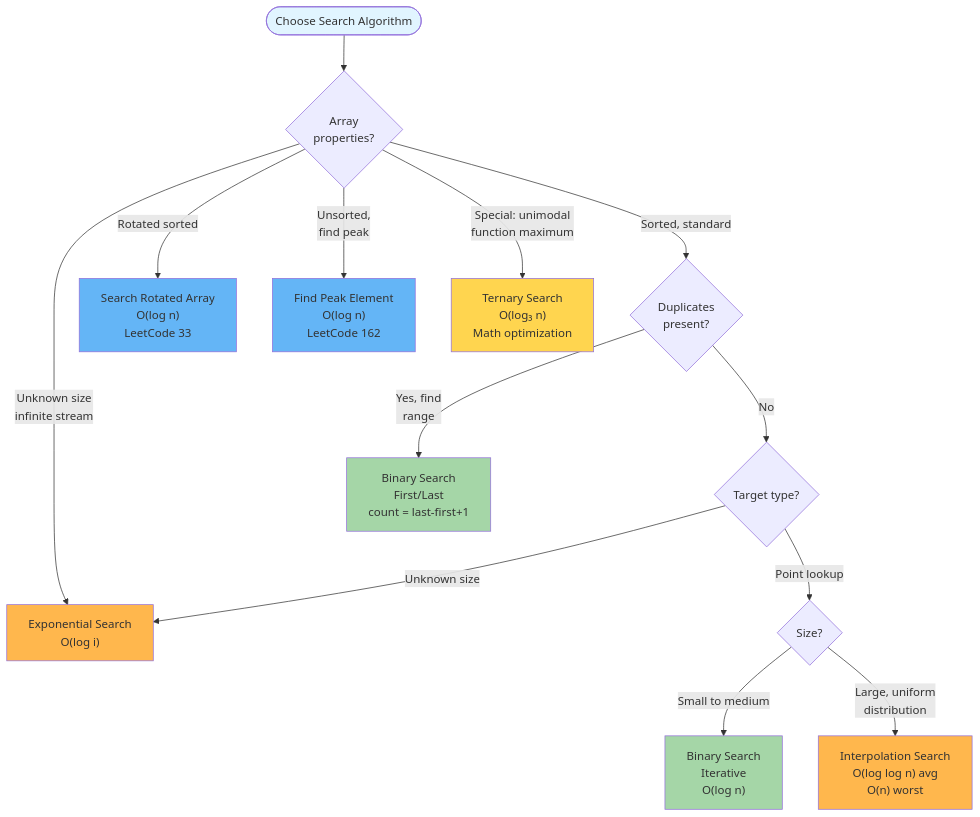
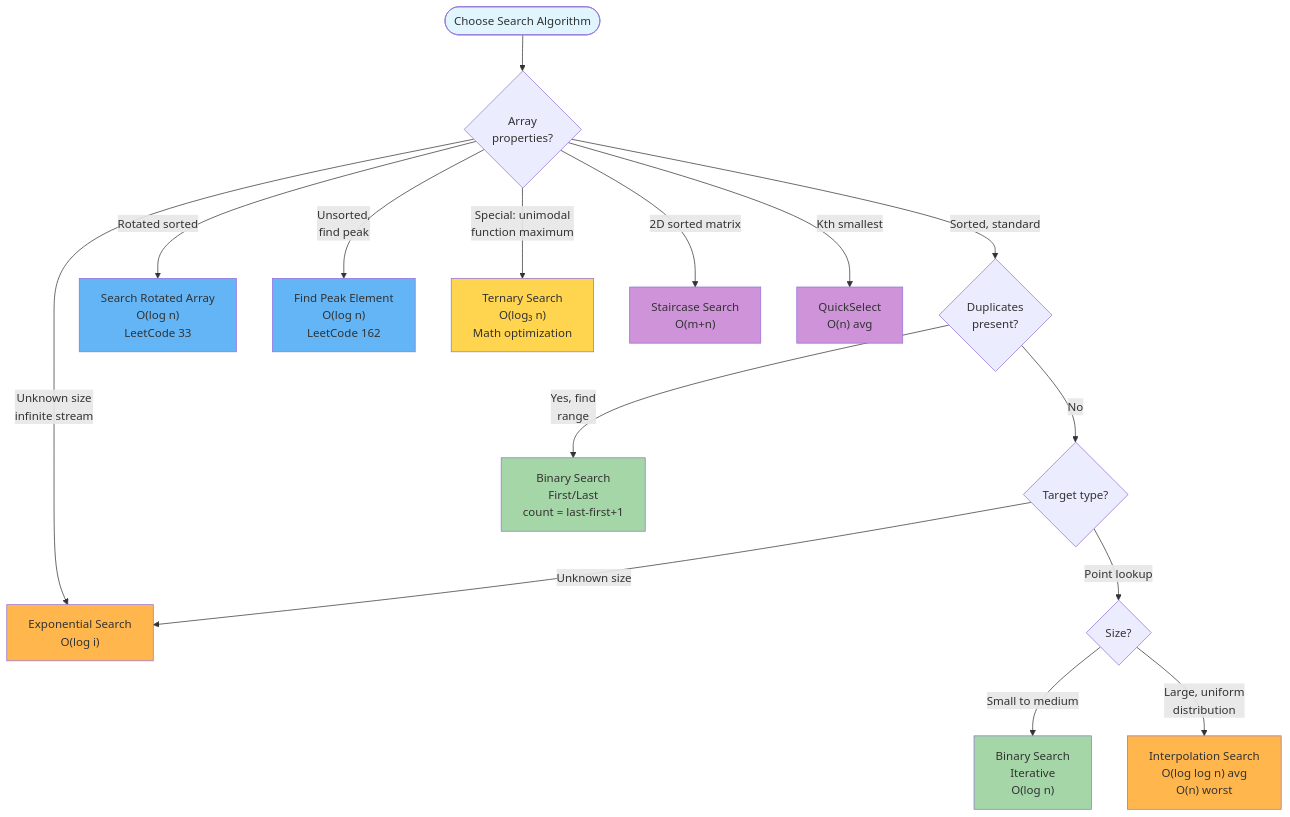
Before and after one commit to souradeepta/interviewprep: the first of 6 diagrams in docs/algorithms/searching/searching.md, drawn with Mermaid. The commit also changed other lines of this file and 16 other files, not shown here.

````diff
--- a/docs/algorithms/searching/searching.md
+++ b/docs/algorithms/searching/searching.md
@@ -9,29 +9,33 @@
 ```mermaid
 flowchart TD
     Start([Choose Search Algorithm]) --> Q1{Array<br/>properties?}
     
     Q1 -->|Sorted, standard| Q2{Duplicates<br/>present?}
     Q1 -->|Rotated sorted| RotatedSearch["Search Rotated Array<br/>O(log n)<br/>LeetCode 33"]
     Q1 -->|Unsorted,<br/>find peak| PeakSearch["Find Peak Element<br/>O(log n)<br/>LeetCode 162"]
     Q1 -->|Unknown size<br/>infinite stream| ExpSearch["Exponential Search<br/>O(log i)"]
     
     Q2 -->|No| Q3{Target type?}
     Q2 -->|Yes, find<br/>range| FirstLast["Binary Search<br/>First/Last<br/>count = last-first+1"]
     
     Q3 -->|Point lookup| Q4{Size?}
     Q3 -->|Unknown size| ExpSearch
     
     Q4 -->|Small to medium| Iterative["Binary Search<br/>Iterative<br/>O(log n)"]
     Q4 -->|Large, uniform<br/>distribution| Interp["Interpolation Search<br/>O(log log n) avg<br/>O(n) worst"]
     
     Q1 -->|Special: unimodal<br/>function maximum| TernarySearch["Ternary Search<br/>O(log₃ n)<br/>Math optimization"]
+    Q1 -->|2D sorted matrix| MatrixSearch["Staircase Search<br/>O(m+n)"]
+    Q1 -->|Kth smallest| QuickSelect["QuickSelect<br/>O(n) avg"]
     
     style Start fill:#e1f5ff
     style Iterative fill:#a5d6a7
     style FirstLast fill:#a5d6a7
     style RotatedSearch fill:#64b5f6
     style PeakSearch fill:#64b5f6
     style ExpSearch fill:#ffb74d
     style Interp fill:#ffb74d
     style TernarySearch fill:#ffd54f
+    style MatrixSearch fill:#ce93d8
+    style QuickSelect fill:#ce93d8
 ```
````
